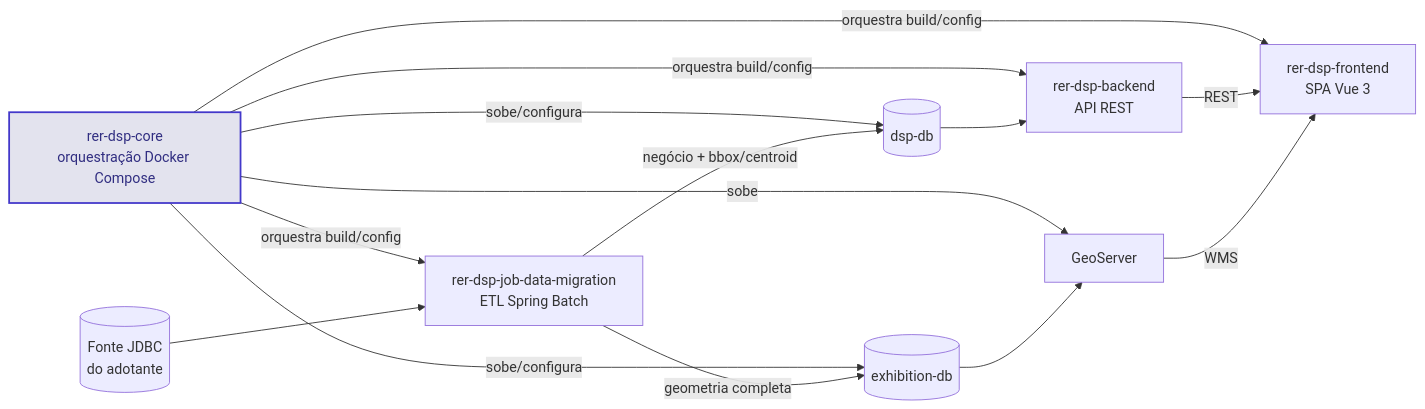
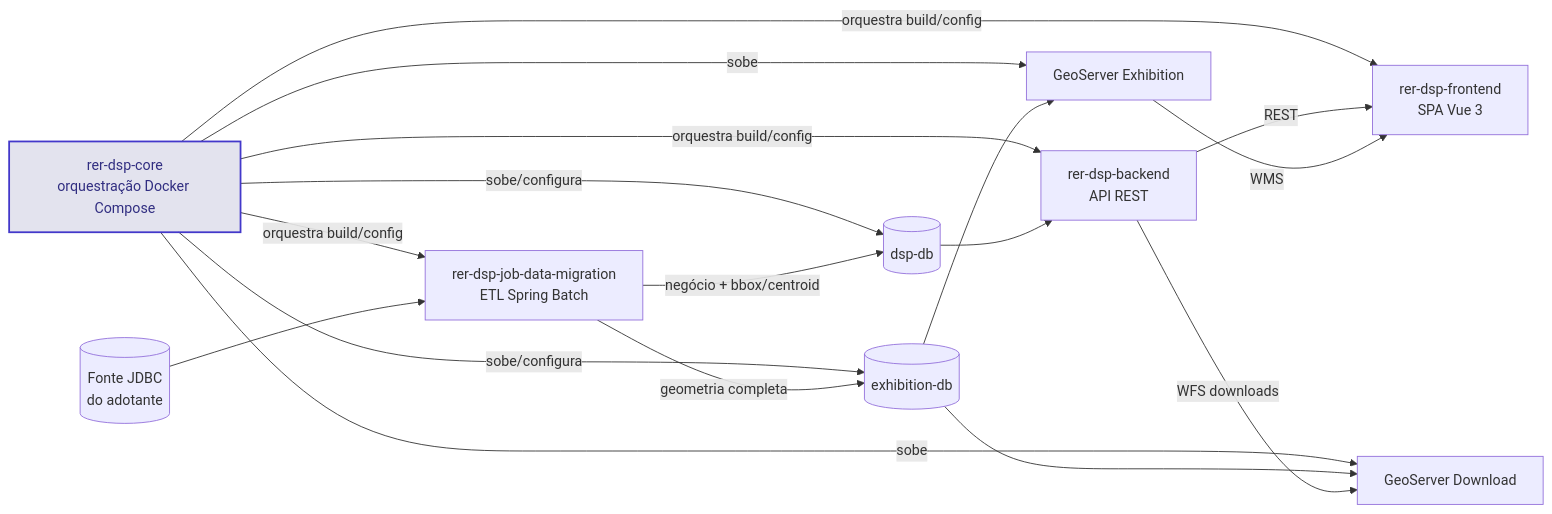
Before and after one commit to kleber-albino/rer-dsp-docs: the first of 4 diagrams in docs/architecture/overview.md, drawn with Mermaid. The commit also changed other lines of this file and 12 other files, not shown here.

First line of the commit message:
docs: update for dual GeoServer setup (Exhibition & Download)

````diff
--- a/docs/architecture/overview.md
+++ b/docs/architecture/overview.md
@@ -33,29 +33,33 @@
 ```mermaid
 flowchart LR
   core["rer-dsp-core<br/>orquestração Docker Compose"]
   job["rer-dsp-job-data-migration<br/>ETL Spring Batch"]
   be["rer-dsp-backend<br/>API REST"]
   fe["rer-dsp-frontend<br/>SPA Vue 3"]
   src[(Fonte JDBC<br/>do adotante)]
   dspdb[(dsp-db)]
   exdb[(exhibition-db)]
-  gs[GeoServer]
+  gsEx[GeoServer Exhibition]
+  gsDl[GeoServer Download]
 
   core -->|"sobe/configura"| dspdb
   core -->|"sobe/configura"| exdb
-  core -->|"sobe"| gs
+  core -->|"sobe"| gsEx
+  core -->|"sobe"| gsDl
   core -->|"orquestra build/config"| job
   core -->|"orquestra build/config"| be
   core -->|"orquestra build/config"| fe
 
   src --> job
   job -->|"negócio + bbox/centroid"| dspdb
   job -->|"geometria completa"| exdb
-  exdb --> gs
+  exdb --> gsEx
+  exdb --> gsDl
   dspdb --> be
   be -->|REST| fe
-  gs -->|WMS| fe
+  be -->|WFS downloads| gsDl
+  gsEx -->|WMS| fe
 
   classDef coreCls fill:#312e8122,color:#312e81,stroke:#4338ca,stroke-width:2px
   class core coreCls
 ```
````
